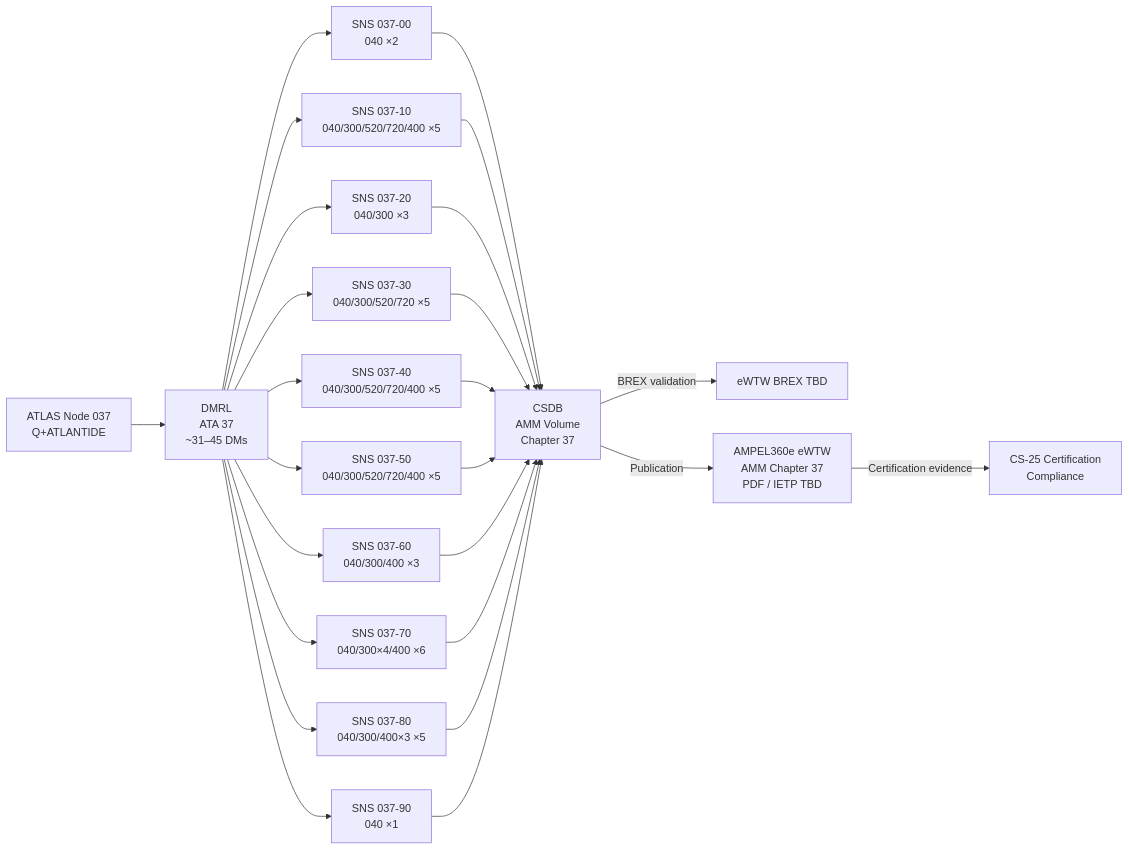
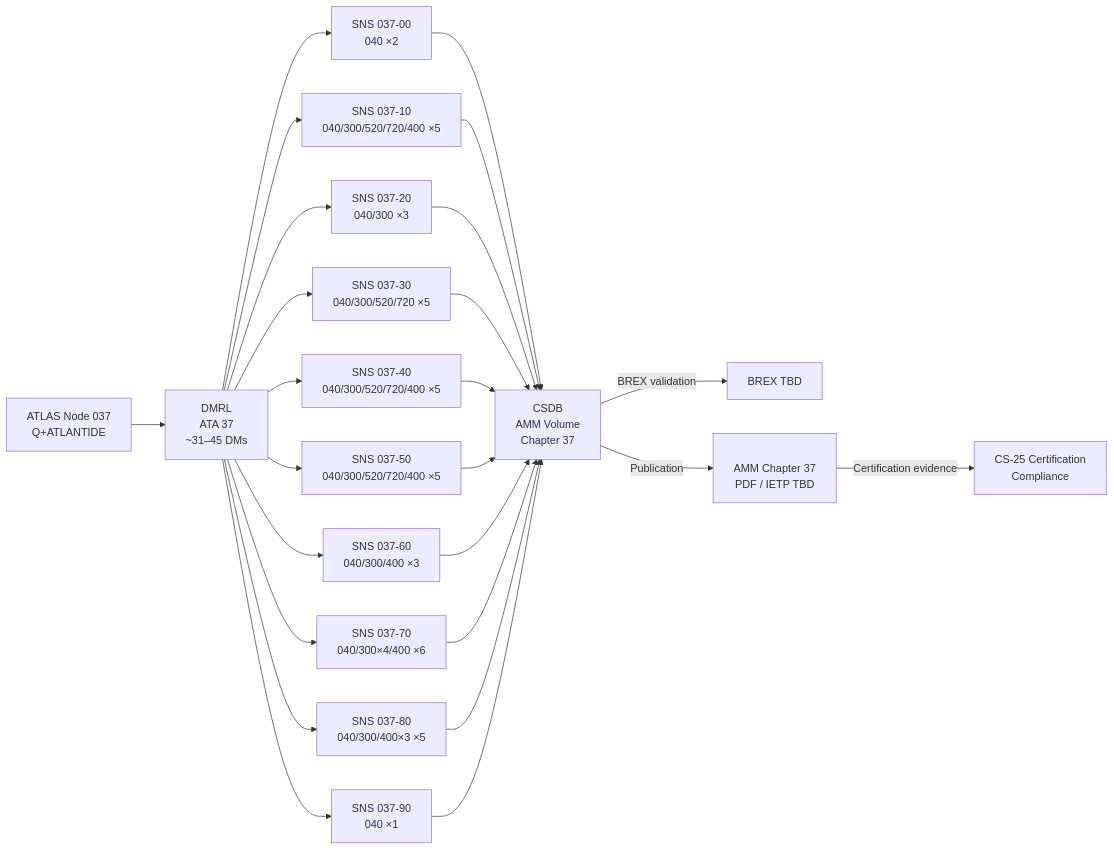
One commit to AmedeoPelliccia/Qplus-For-All-Queer-People-and-Quantum changed the first of 3 diagrams in Q+ATLANTIDE/000-099_ATLAS/030-039_Proteccion-y-Sistemas-Mecanicos/037_Vacuum/037-090-S1000D-CSDB-Mapping-and-Traceability.md. Above: the diagram before and after it, drawn with Mermaid. The commit also changed other lines of this file and 51 other files, not shown here.

First line of the commit message:
Generalize all 52 ATLAS S1000D-CSDB mapping files: remove AMPEL360E/eWTW/Programmes_example references, add scope: agnostic-standard, use generic DMC placeholders

````diff
--- a/Q+ATLANTIDE/000-099_ATLAS/030-039_Proteccion-y-Sistemas-Mecanicos/037_Vacuum/037-090-S1000D-CSDB-Mapping-and-Traceability.md
+++ b/Q+ATLANTIDE/000-099_ATLAS/030-039_Proteccion-y-Sistemas-Mecanicos/037_Vacuum/037-090-S1000D-CSDB-Mapping-and-Traceability.md
@@ -280,21 +281,21 @@
 ```mermaid
 flowchart LR
     ATLAS[ATLAS Node 037\nQ+ATLANTIDE] --> DMRL[DMRL\nATA 37\n~31–45 DMs]
     DMRL --> DM00[SNS 037-00\n040 ×2]
     DMRL --> DM10[SNS 037-10\n040/300/520/720/400 ×5]
     DMRL --> DM20[SNS 037-20\n040/300 ×3]
     DMRL --> DM30[SNS 037-30\n040/300/520/720 ×5]
     DMRL --> DM40[SNS 037-40\n040/300/520/720/400 ×5]
     DMRL --> DM50[SNS 037-50\n040/300/520/720/400 ×5]
     DMRL --> DM60[SNS 037-60\n040/300/400 ×3]
     DMRL --> DM70[SNS 037-70\n040/300×4/400 ×6]
     DMRL --> DM80[SNS 037-80\n040/300/400×3 ×5]
     DMRL --> DM90[SNS 037-90\n040 ×1]
 
     DM00 & DM10 & DM20 & DM30 & DM40 --> CSDB[CSDB\nAMM Volume\nChapter 37]
     DM50 & DM60 & DM70 & DM80 & DM90 --> CSDB
 
-    CSDB -->|BREX validation| BREX[eWTW BREX TBD]
-    CSDB -->|Publication| AMM[AMPEL360e eWTW\nAMM Chapter 37\nPDF / IETP TBD]
+    CSDB -->|BREX validation| BREX[<PROGRAMME-SHORT> BREX TBD]
+    CSDB -->|Publication| AMM[<PROGRAMME>\nAMM Chapter 37\nPDF / IETP TBD]
     AMM -->|Certification evidence| CERT[CS-25 Certification\nCompliance]
 ```
````
